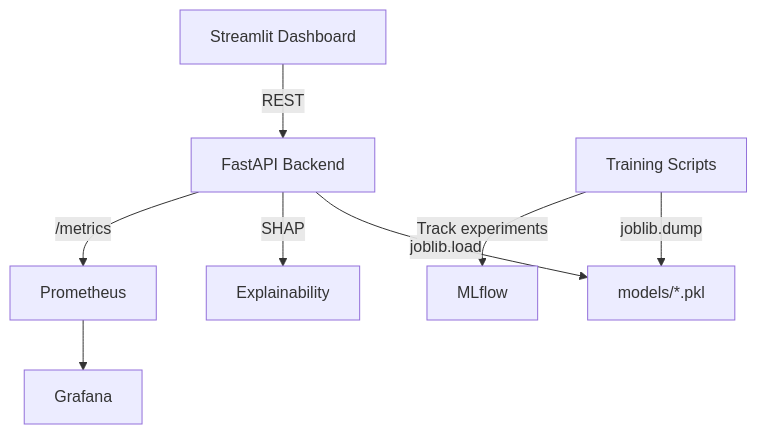
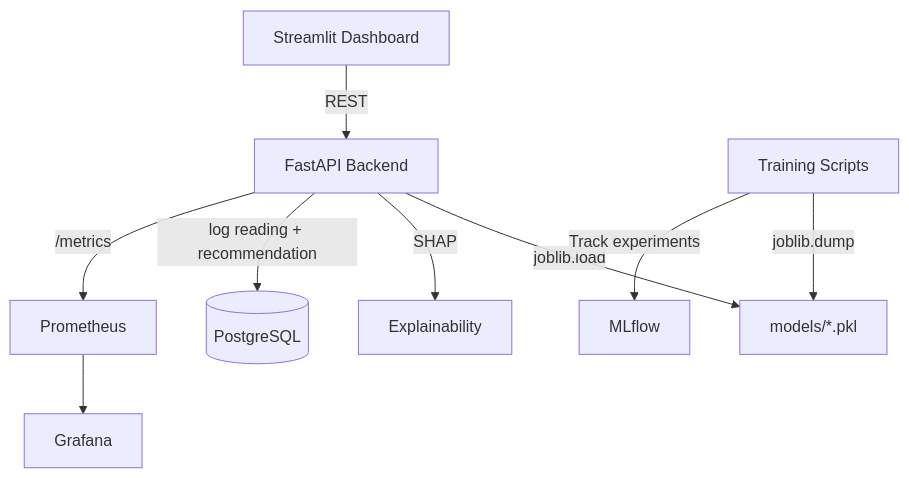
The diagram in docs/architecture.md (nithya-prakash/PredictiveMaintenanceAI), drawn with Mermaid before and after one commit. The commit also changed other lines of this file and 7 other files, not shown here.

````diff
--- a/docs/architecture.md
+++ b/docs/architecture.md
@@ -18,10 +17,11 @@
 ```mermaid
 graph TD
     A[Streamlit Dashboard] -->|REST| B[FastAPI Backend]
     B -->|joblib.load| C[models/*.pkl]
     B -->|SHAP| D[Explainability]
+    B -->|log reading + recommendation| I[(PostgreSQL)]
     E[Training Scripts] -->|joblib.dump| C
     E -->|Track experiments| F[MLflow]
     B -->|/metrics| G[Prometheus]
     G --> H[Grafana]
 ```
````
